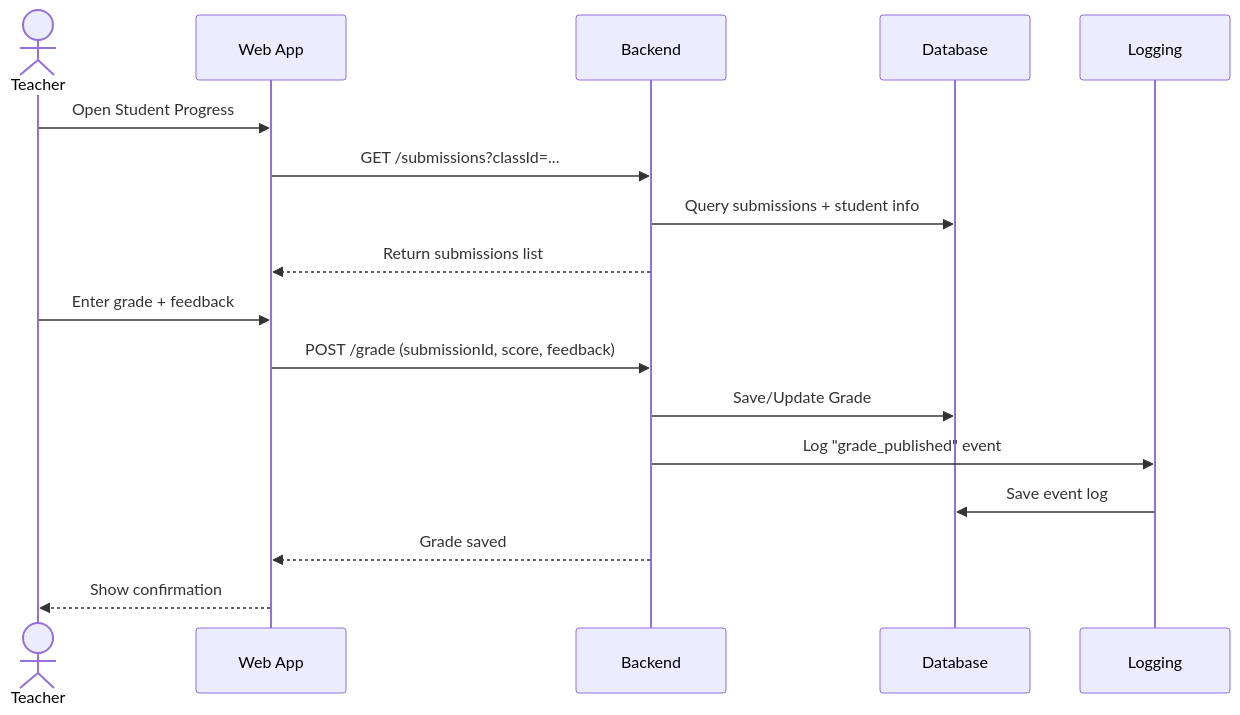
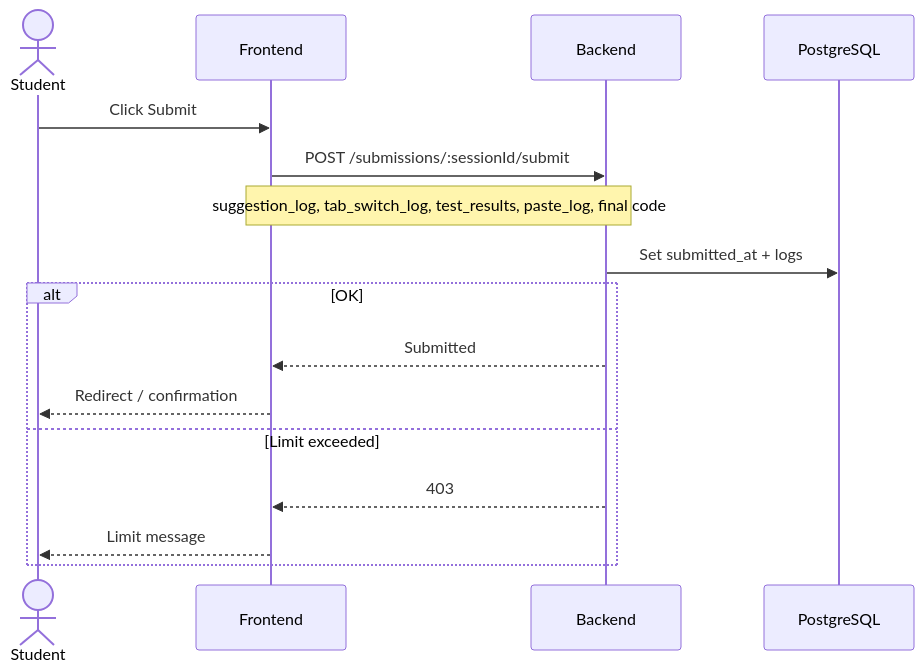
Before and after one commit to Capstone-Projects-2026-spring/project-auto-suggestion-quiz: diagram 14 of 16 in documentation/docs/system-architecture/sequence-diagrams.md, drawn with Mermaid. The commit also changed other lines of this file and 5 other files, not shown here.

````diff
--- a/documentation/docs/system-architecture/sequence-diagrams.md
+++ b/documentation/docs/system-architecture/sequence-diagrams.md
@@ -134,20 +323,19 @@
 ```mermaid
 sequenceDiagram
-  actor Teacher
-  participant UI as Web App
+  actor Student
+  participant FE as Frontend
   participant API as Backend
-  participant DB as Database
-  participant LOG as Logging
+  participant DB as PostgreSQL
 
-  Teacher->>UI: Open Student Progress
-  UI->>API: GET /submissions?classId=...
-  API->>DB: Query submissions + student info
-  API-->>UI: Return submissions list
-  Teacher->>UI: Enter grade + feedback
-  UI->>API: POST /grade (submissionId, score, feedback)
-  API->>DB: Save/Update Grade
-  API->>LOG: Log "grade_published" event
-  LOG->>DB: Save event log
-  API-->>UI: Grade saved
-  UI-->>Teacher: Show confirmation
+  Student->>FE: Click Submit
+  FE->>API: POST /submissions/:sessionId/submit
+  Note over FE,API: suggestion_log, tab_switch_log, test_results, paste_log, final code
+  API->>DB: Set submitted_at + logs
+  alt OK
+    API-->>FE: Submitted
+    FE-->>Student: Redirect / confirmation
+  else Limit exceeded
+    API-->>FE: 403
+    FE-->>Student: Limit message
+  end
 ```
````
